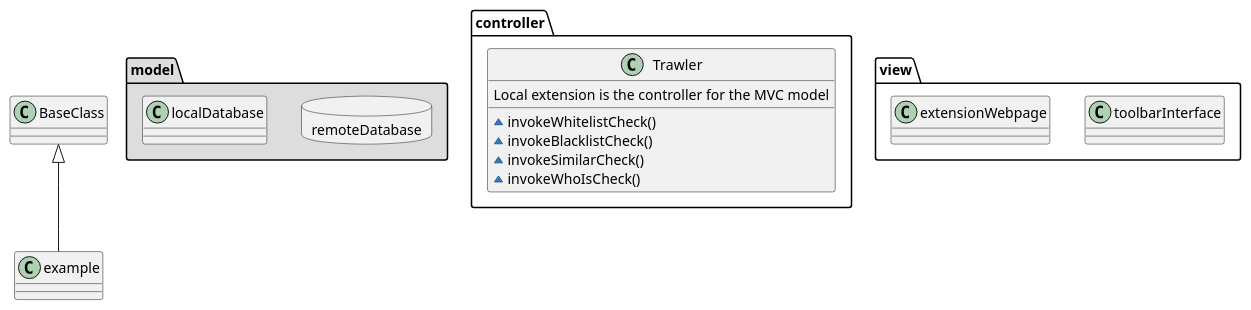
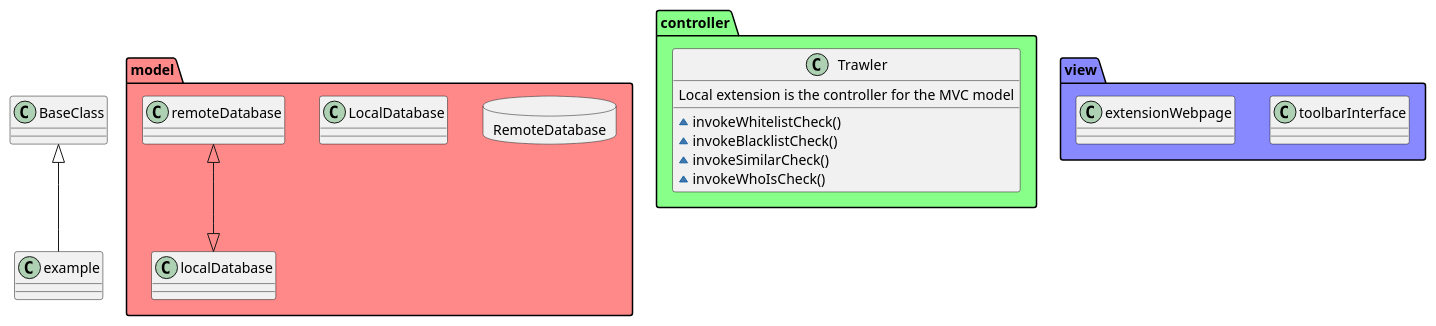
Before and after one commit to melbing1/Trawler: the diagram in MVC.wsd, drawn with PlantUML.

Commit message:
MVC layout denoted

```diff
--- a/MVC.wsd
+++ b/MVC.wsd
@@ -1,29 +1,30 @@
 @startuml MVC
 
 allowmixing
 
-namespace model #DDDDDD {
-    database remoteDatabase
-    class localDatabase
+namespace model #FF8888 {
+    database RemoteDatabase
+    class LocalDatabase
+    remoteDatabase <|--|> localDatabase
 }
 
-namespace controller {
+namespace controller #88FF88{
     class Trawler {
         Local extension is the controller for the MVC model
         ~invokeWhitelistCheck()
         ~invokeBlacklistCheck()
         ~invokeSimilarCheck()
         ~invokeWhoIsCheck()
     }
 }
 
-namespace view {
+namespace view #8888FF {
     class toolbarInterface
     class extensionWebpage
 }
 
 
 
 BaseClass <|-- example
 
 @enduml
```
